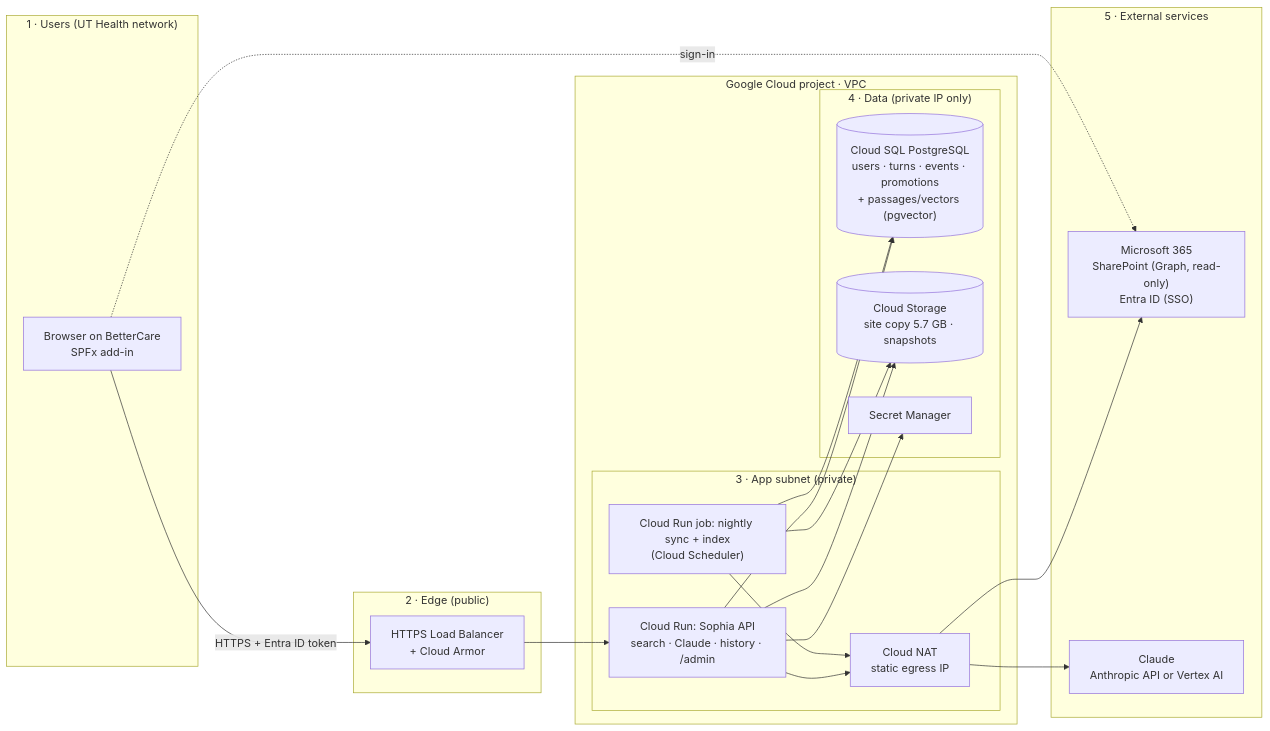
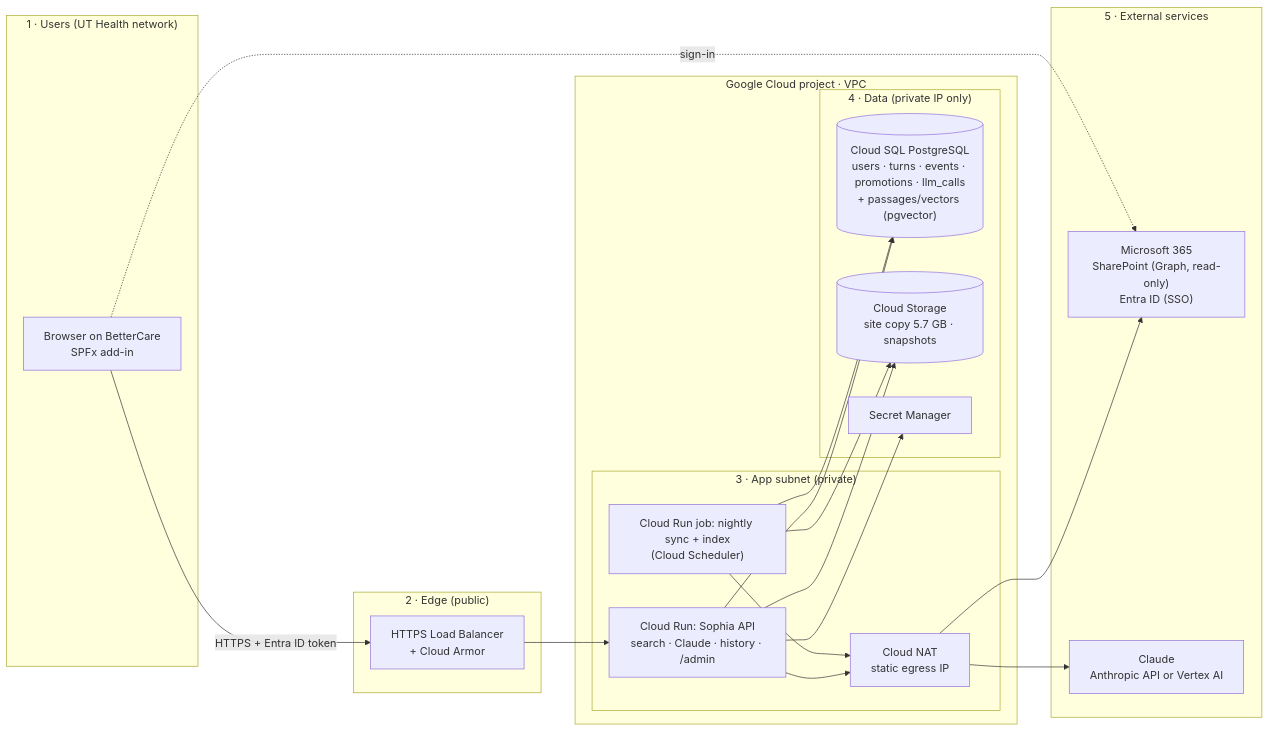
Before and after one commit to brianboti/bettercare-chatbot: the diagram in docs/ARCHITECTURE.md, drawn with Mermaid. The commit also changed other lines of this file and 9 other files, not shown here.

````diff
--- a/docs/ARCHITECTURE.md
+++ b/docs/ARCHITECTURE.md
@@ -61,34 +61,34 @@
 ```mermaid
 flowchart LR
   subgraph S1["1 · Users (UT Health network)"]
     U["Browser on BetterCare<br/>SPFx add-in"]
   end
   subgraph S2["2 · Edge (public)"]
     LB["HTTPS Load Balancer<br/>+ Cloud Armor"]
   end
   subgraph GCP["Google Cloud project · VPC"]
     subgraph S3["3 · App subnet (private)"]
       API["Cloud Run: Sophia API<br/>search · Claude · history · /admin"]
       JOB["Cloud Run job: nightly sync + index<br/>(Cloud Scheduler)"]
       NAT["Cloud NAT<br/>static egress IP"]
     end
     subgraph S4["4 · Data (private IP only)"]
-      SQL[("Cloud SQL PostgreSQL<br/>users · turns · events · promotions<br/>+ passages/vectors (pgvector)")]
+      SQL[("Cloud SQL PostgreSQL<br/>users · turns · events · promotions · llm_calls<br/>+ passages/vectors (pgvector)")]
       GCS[("Cloud Storage<br/>site copy 5.7 GB · snapshots")]
       SM["Secret Manager"]
     end
   end
   subgraph S5["5 · External services"]
     M365["Microsoft 365<br/>SharePoint (Graph, read-only)<br/>Entra ID (SSO)"]
     CL["Claude<br/>Anthropic API or Vertex AI"]
   end
   U -->|HTTPS + Entra ID token| LB --> API
   API --> SQL
   API --> GCS
   API --> SM
   JOB --> GCS
   JOB --> SQL
   API --> NAT --> CL
   JOB --> NAT --> M365
   U -. sign-in .-> M365
 ```
````
